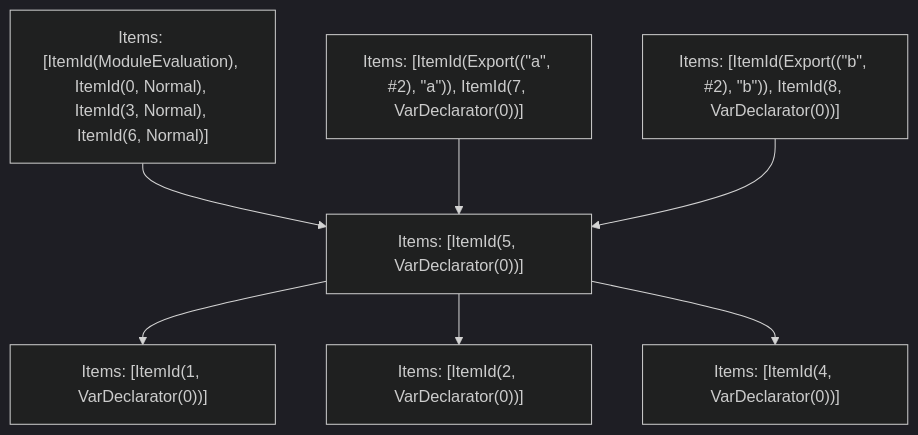
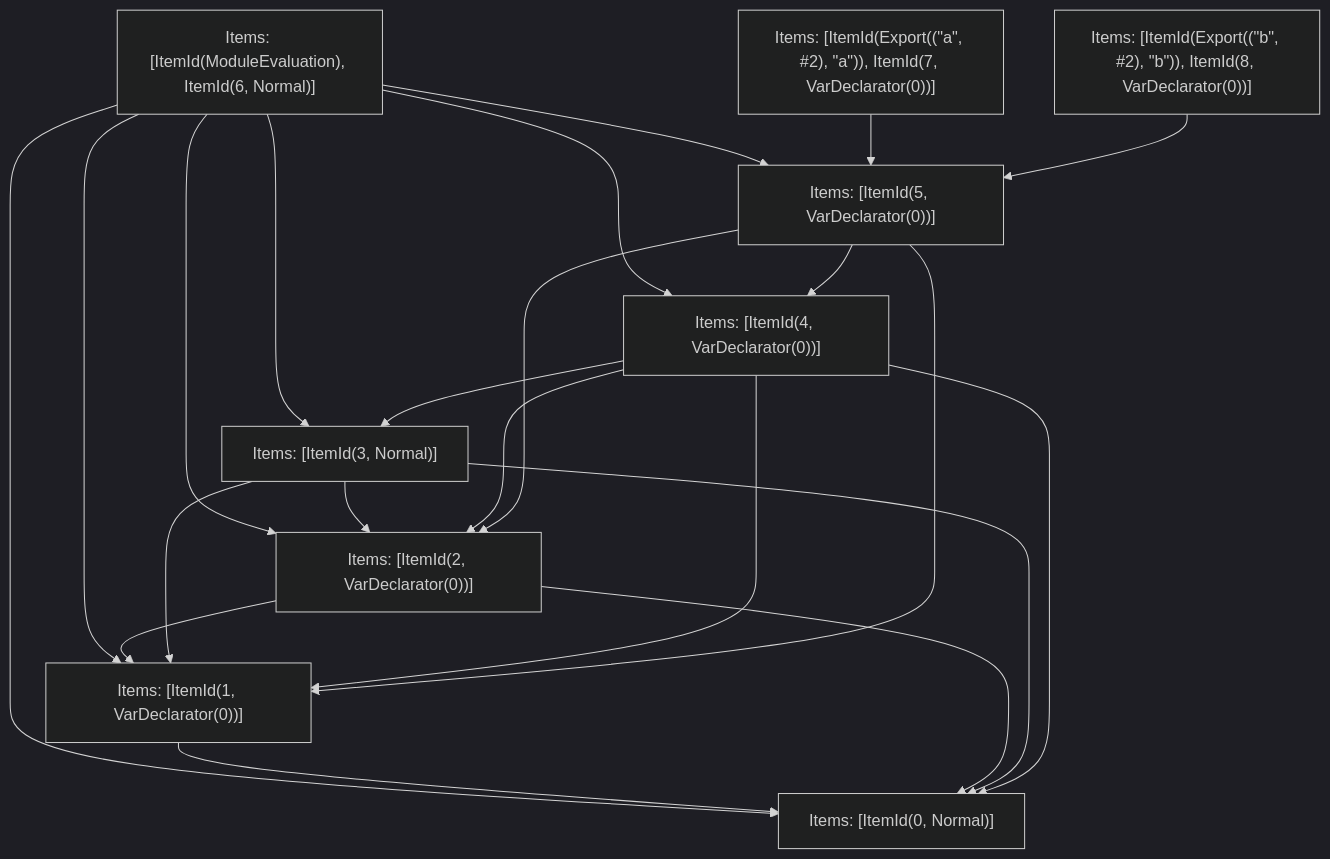
One commit to vercel/turborepo changed the fifth of 5 diagrams in crates/turbopack-ecmascript/tests/tree-shaker/analyzer/shared-and-side-effects/output.md. Above: the diagram before and after it, drawn with Mermaid (dark theme). The commit also changed other lines of this file and 12 other files, not shown here.

````diff
--- a/crates/turbopack-ecmascript/tests/tree-shaker/analyzer/shared-and-side-effects/output.md
+++ b/crates/turbopack-ecmascript/tests/tree-shaker/analyzer/shared-and-side-effects/output.md
@@ -220,16 +262,33 @@
 ```mermaid
 graph TD
-    N0["Items: [ItemId(ModuleEvaluation), ItemId(0, Normal), ItemId(3, Normal), ItemId(6, Normal)]"];
+    N0["Items: [ItemId(ModuleEvaluation), ItemId(6, Normal)]"];
     N1["Items: [ItemId(Export((&quot;a&quot;, #2), &quot;a&quot;)), ItemId(7, VarDeclarator(0))]"];
     N2["Items: [ItemId(Export((&quot;b&quot;, #2), &quot;b&quot;)), ItemId(8, VarDeclarator(0))]"];
-    N3["Items: [ItemId(1, VarDeclarator(0))]"];
-    N4["Items: [ItemId(2, VarDeclarator(0))]"];
-    N5["Items: [ItemId(4, VarDeclarator(0))]"];
-    N6["Items: [ItemId(5, VarDeclarator(0))]"];
+    N3["Items: [ItemId(0, Normal)]"];
+    N4["Items: [ItemId(1, VarDeclarator(0))]"];
+    N5["Items: [ItemId(2, VarDeclarator(0))]"];
+    N6["Items: [ItemId(3, Normal)]"];
+    N7["Items: [ItemId(4, VarDeclarator(0))]"];
+    N8["Items: [ItemId(5, VarDeclarator(0))]"];
+    N0 --> N3;
+    N0 --> N4;
+    N0 --> N5;
     N0 --> N6;
-    N1 --> N6;
-    N2 --> N6;
+    N0 --> N7;
+    N0 --> N8;
+    N1 --> N8;
+    N2 --> N8;
+    N4 --> N3;
+    N5 --> N3;
+    N5 --> N4;
     N6 --> N3;
     N6 --> N4;
     N6 --> N5;
+    N7 --> N3;
+    N7 --> N4;
+    N7 --> N5;
+    N7 --> N6;
+    N8 --> N4;
+    N8 --> N5;
+    N8 --> N7;
 ```
````
